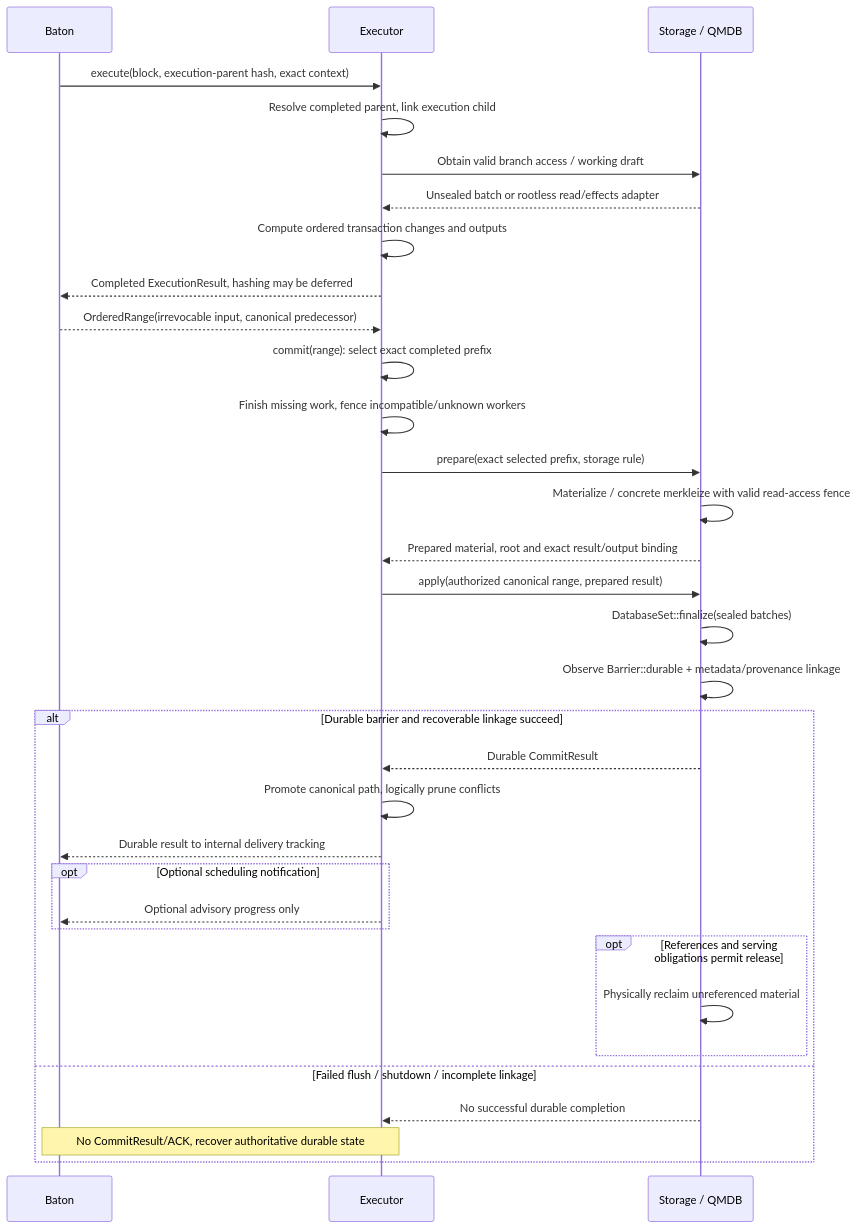
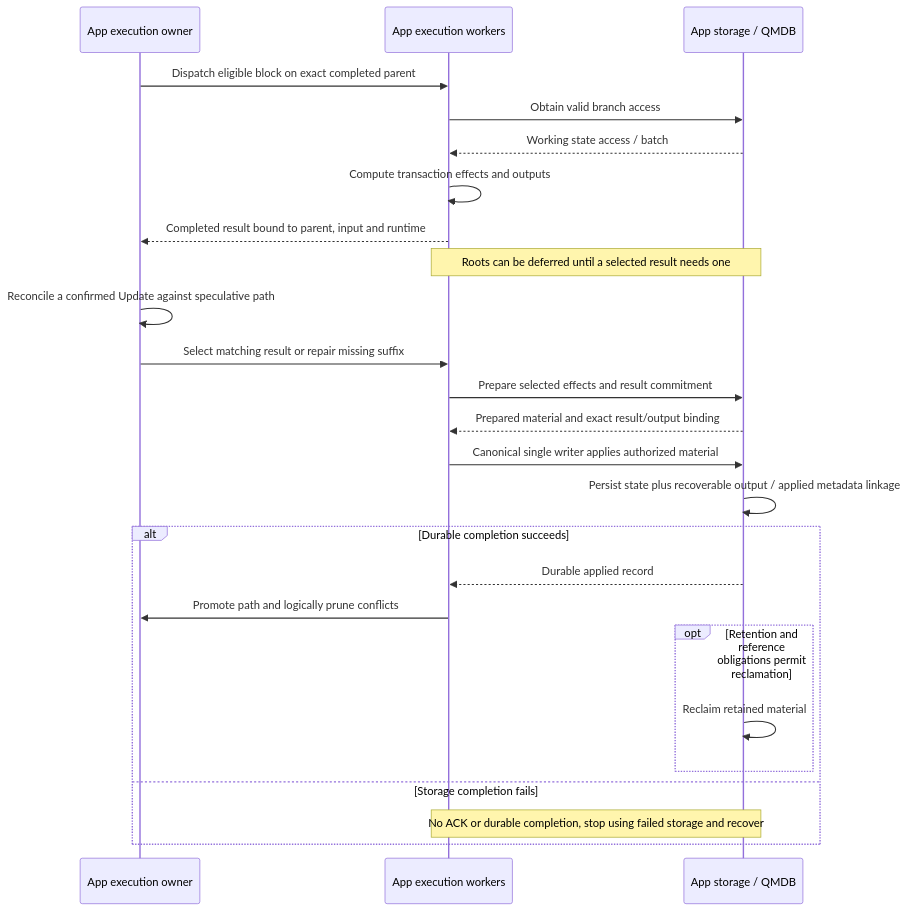
The second of 2 diagrams in docs/e2e/canonical.md (djm07073/baton-research), drawn with Mermaid before and after one commit. The commit also changed other lines of this file and 292 other files, not shown here.

Commit message:
docs: redesign Baton around App-owned scheduling

````diff
--- a/docs/e2e/canonical.md
+++ b/docs/e2e/canonical.md
@@ -40,35 +61,27 @@
 ```mermaid
 sequenceDiagram
-    participant B as Baton
-    participant E as Executor
-    participant S as Storage / QMDB
-    B->>E: execute(block, execution-parent hash, exact context)
-    E->>E: Resolve completed parent, link execution child
-    E->>S: Obtain valid branch access / working draft
-    S-->>E: Unsealed batch or rootless read/effects adapter
-    E->>E: Compute ordered transaction changes and outputs
-    E-->>B: Completed ExecutionResult, hashing may be deferred
-    B-->>E: OrderedRange(irrevocable input, canonical predecessor)
-    E->>E: commit(range): select exact completed prefix
-    E->>E: Finish missing work, fence incompatible/unknown workers
-    E->>S: prepare(exact selected prefix, storage rule)
-    S->>S: Materialize / concrete merkleize with valid read-access fence
-    S-->>E: Prepared material, root and exact result/output binding
-    E->>S: apply(authorized canonical range, prepared result)
-    S->>S: DatabaseSet::finalize(sealed batches)
-    S->>S: Observe Barrier::durable + metadata/provenance linkage
-    alt Durable barrier and recoverable linkage succeed
-        S-->>E: Durable CommitResult
-        E->>E: Promote canonical path, logically prune conflicts
-        E-->>B: Durable result to internal delivery tracking
-        opt Optional scheduling notification
-            E-->>B: Optional advisory progress only
+    participant Q as App execution owner
+    participant W as App execution workers
+    participant S as App storage / QMDB
+    Q->>W: Dispatch eligible block on exact completed parent
+    W->>S: Obtain valid branch access
+    S-->>W: Working state access / batch
+    W->>W: Compute transaction effects and outputs
+    W-->>Q: Completed result bound to parent, input and runtime
+    Note over W,S: Roots can be deferred until a selected result needs one
+    Q->>Q: Reconcile a confirmed Update against speculative path
+    Q->>W: Select matching result or repair missing suffix
+    W->>S: Prepare selected effects and result commitment
+    S-->>W: Prepared material and exact result/output binding
+    W->>S: Canonical single writer applies authorized material
+    S->>S: Persist state plus recoverable output / applied metadata linkage
+    alt Durable completion succeeds
+        S-->>W: Durable applied record
+        W->>Q: Promote path and logically prune conflicts
+        opt Retention and reference obligations permit reclamation
+            S->>S: Reclaim retained material
         end
-        opt References and serving obligations permit release
-            S->>S: Physically reclaim unreferenced material
-        end
-    else Failed flush / shutdown / incomplete linkage
-        S-->>E: No successful durable completion
-        Note over B,E: No CommitResult/ACK, recover authoritative durable state
+    else Storage completion fails
+        Note over W,S: No ACK or durable completion, stop using failed storage and recover
     end
 ```
````
